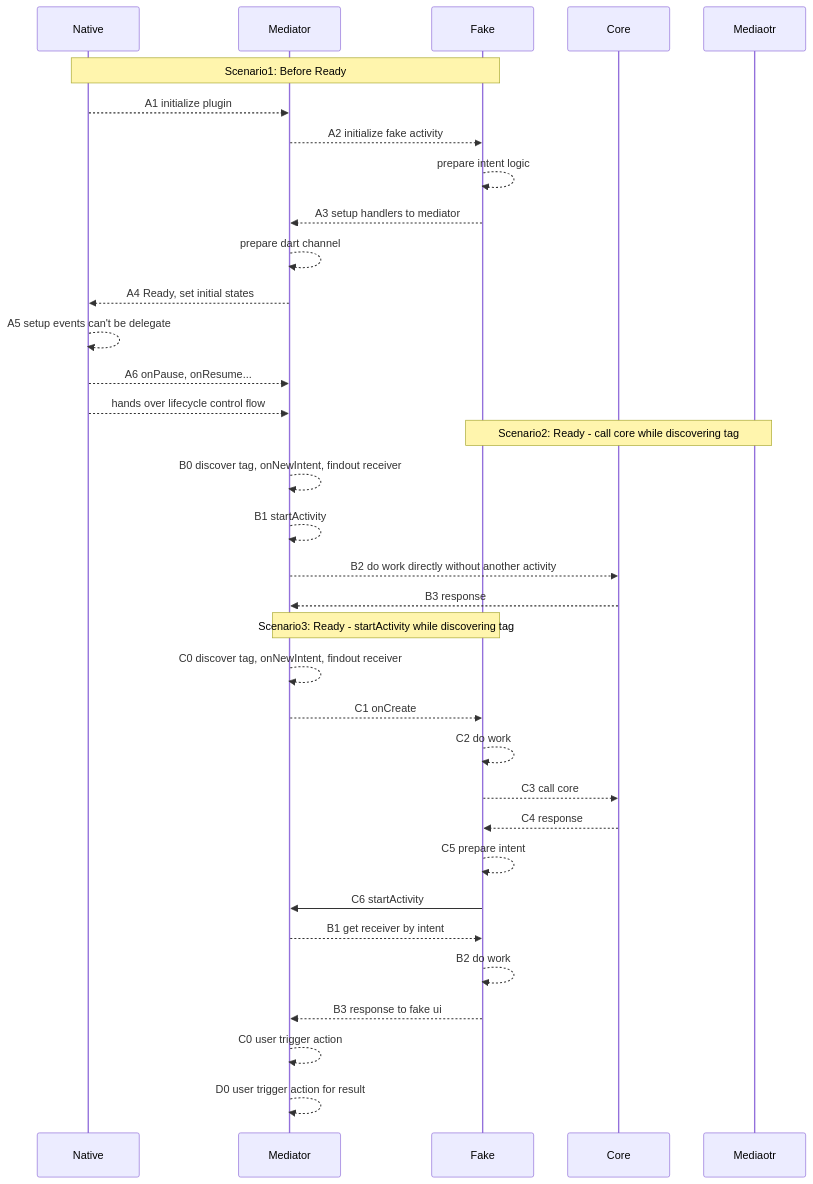
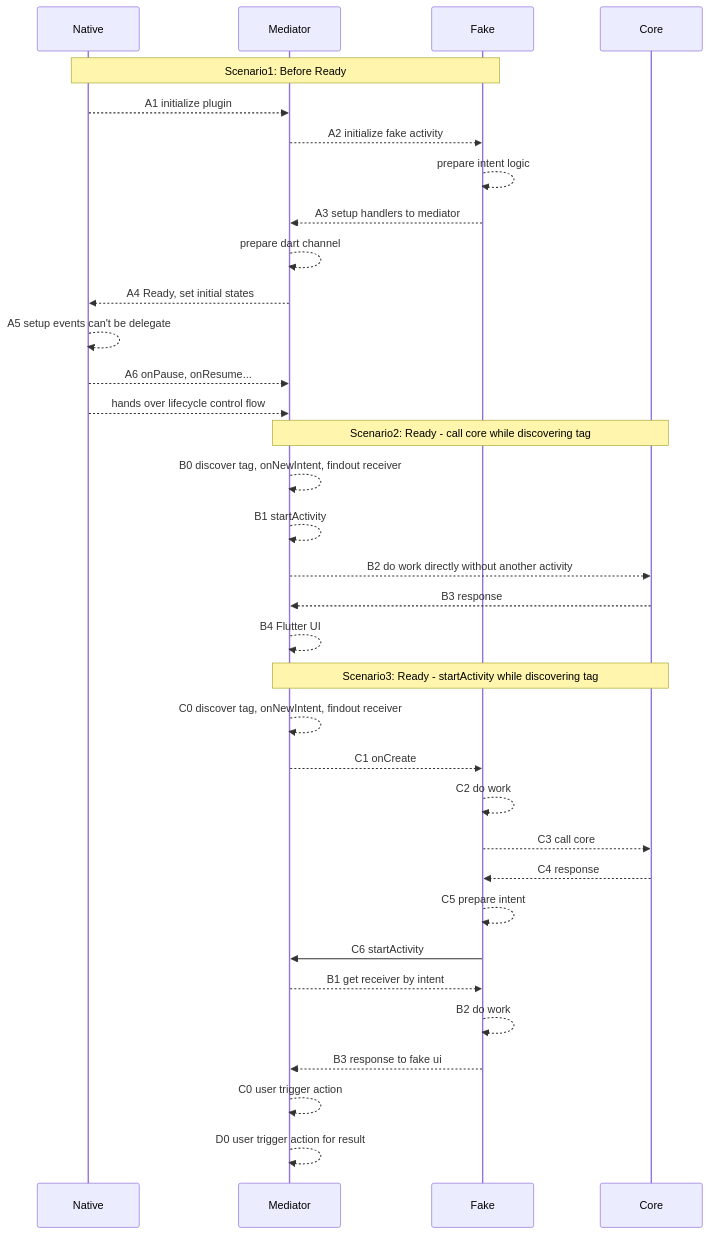
The second of 2 diagrams in flutter/addActivityResultListener.md (gordianknotC/nxp_note), drawn with Mermaid before and after one commit. The commit also changed other lines of this file, not shown here.

Commit message:
flutter/addActivityResultListener.md updated from https://stackedit.io/

````diff
--- a/flutter/addActivityResultListener.md
+++ b/flutter/addActivityResultListener.md
@@ -55,49 +55,53 @@
 ```mermaid
 sequenceDiagram
 participant Native
 participant Mediator
 participant Fake
 participant Core
+
 
 Note over Native, Fake: Scenario1: Before Ready
 
 Native -->> Mediator: A1 initialize plugin
 Mediator -->> Fake: A2 initialize fake activity
 Fake -->> Fake: prepare intent logic
 Fake -->> Mediator: A3 setup handlers to mediator
 Mediator -->> Mediator: prepare dart channel
 Mediator -->> Native: A4 Ready, set initial states
 Native -->> Native: A5 setup events can't be delegate
 Native -->> Mediator: A6 onPause, onResume...
 Native -->> Mediator: hands over lifecycle control flow
 
 
-Note over Mediaotr, Fake: Scenario2: Ready - call core while discovering tag 
+Note over Mediator, Core: Scenario2: Ready - call core while discovering tag 
 
 Mediator-->> Mediator: B0 discover tag, onNewIntent, findout receiver
 Mediator-->>Mediator: B1 startActivity
 Mediator-->>Core: B2 do work directly without another activity
 Core-->>Mediator: B3 response
+Mediator-->>Mediator: B4 Flutter UI
 
 
-Note over Mediator, Fake: Scenario3: Ready - startActivity while discovering tag
+Note over Mediator, Core: Scenario3: Ready - startActivity while discovering tag
 
 Mediator-->> Mediator: C0 discover tag, onNewIntent, findout receiver
 Mediator-->>Fake: C1 onCreate
 Fake-->>Fake: C2 do work
 Fake-->>Core:C3 call core
 Core-->>Fake:C4 response
 Fake-->>Fake:C5 prepare intent
 Fake->>Mediator: C6 startActivity
+
+
 
 Mediator-->>Fake: B1 get receiver by intent
 Fake-->>Fake:B2 do work
 
 Fake-->>Mediator:B3 response to fake ui
 
  
  Mediator-->>Mediator: C0 user trigger action
  
  Mediator-->>Mediator: D0 user trigger action for result
 
 ```
````
